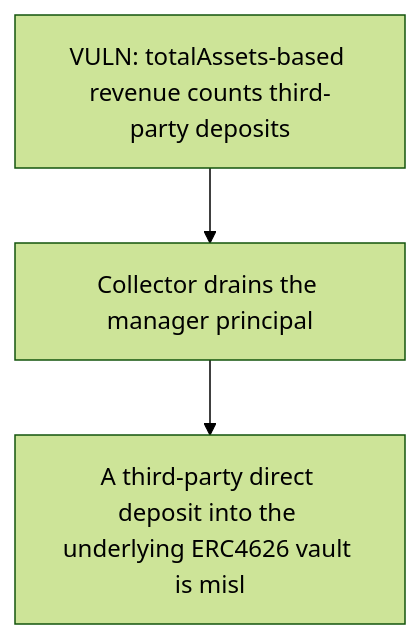
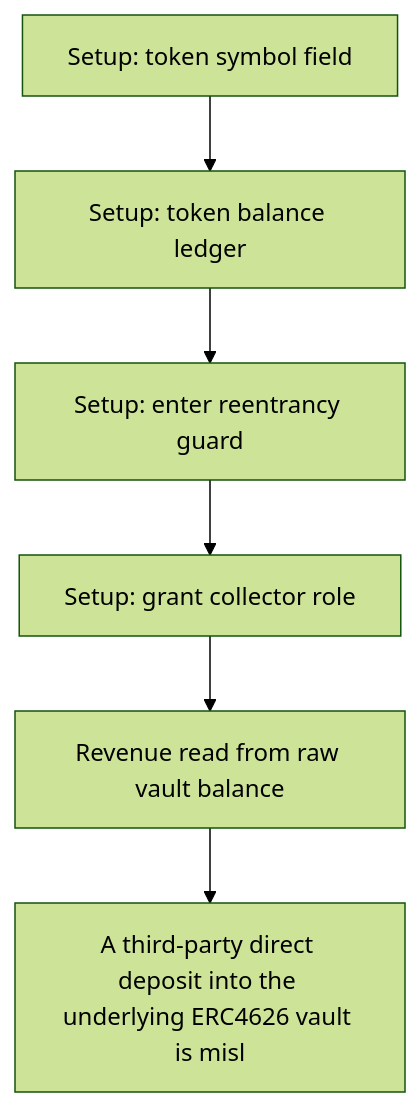
One commit to sanbir/evm-hack-registry changed the diagram in 64975-direct-vault-deposits-incorrectly-counted-as-revenue-leading_exp/64975-direct-vault-deposits-incorrectly-counted-as-revenue-leading_exp.md. Above: the diagram before and after it, drawn with Mermaid (forest theme). The commit also changed other lines of this file and 79 other files, not shown here.

````diff
--- a/64975-direct-vault-deposits-incorrectly-counted-as-revenue-leading_exp/64975-direct-vault-deposits-incorrectly-counted-as-revenue-leading_exp.md
+++ b/64975-direct-vault-deposits-incorrectly-counted-as-revenue-leading_exp/64975-direct-vault-deposits-incorrectly-counted-as-revenue-leading_exp.md
@@ -28,8 +28,14 @@
 ```mermaid
 flowchart TD
-  S0["VULN: totalAssets-based revenue counts third-party deposits"]
-  S1["Collector drains the manager principal"]
+  S0["Setup: token symbol field"]
+  S1["Setup: token balance ledger"]
+  S2["Setup: enter reentrancy guard"]
+  S3["Setup: grant collector role"]
+  S4["Revenue read from raw vault balance"]
   H["A third-party direct deposit into the underlying ERC4626 vault is misl"]
   S0 --> S1
-  S1 --> H
+  S1 --> S2
+  S2 --> S3
+  S3 --> S4
+  S4 --> H
 ```
````
